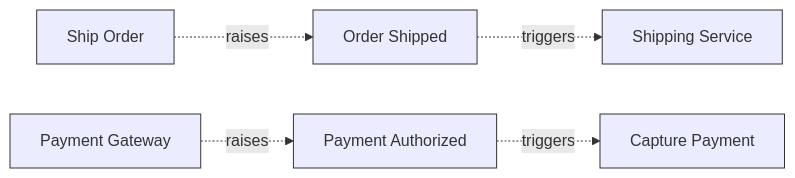
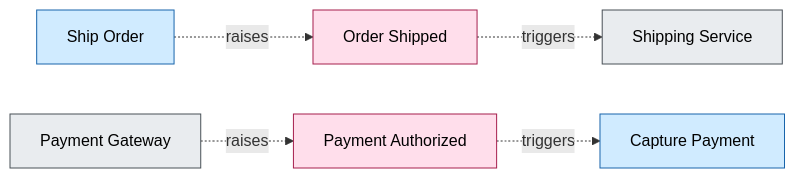
The ninth of 11 diagrams in docs/diagram-sample-review.md (manji-0/rdra-ish-dsl), drawn with Mermaid before and after one commit. The commit also changed other lines of this file and 76 other files, not shown here.

First line of the commit message:
feat(cli): colour each RDRA element family in the flowchart diagrams

````diff
--- a/docs/diagram-sample-review.md
+++ b/docs/diagram-sample-review.md
@@ -599,19 +599,19 @@
 ```mermaid
 %% rdra-ish diagram=event scope=whole model=samples/ec-site
 %% kinds: event usecase extsystem
 %% omitted: state transitions
 flowchart LR
   event__EvOrderShipped["Order Shipped"]:::event
   usecase__ShipOrder["Ship Order"]:::usecase
   usecase__ShipOrder -.->|raises| event__EvOrderShipped
   extsystem__ShippingSvc["Shipping Service"]:::extsystem
   event__EvOrderShipped -.->|triggers| extsystem__ShippingSvc
   event__EvPaymentAuthorized["Payment Authorized"]:::event
   extsystem__PaymentGW["Payment Gateway"]:::extsystem
   extsystem__PaymentGW -.->|raises| event__EvPaymentAuthorized
   usecase__Capture["Capture Payment"]:::usecase
   event__EvPaymentAuthorized -.->|triggers| usecase__Capture
-  classDef event stroke:#333;
-  classDef usecase stroke:#333;
-  classDef extsystem stroke:#333;
+  classDef event fill:#ffdeeb,stroke:#a61e4d,color:#000;
+  classDef usecase fill:#d0ebff,stroke:#1864ab,color:#000;
+  classDef extsystem fill:#e9ecef,stroke:#495057,color:#000;
 ```
````
